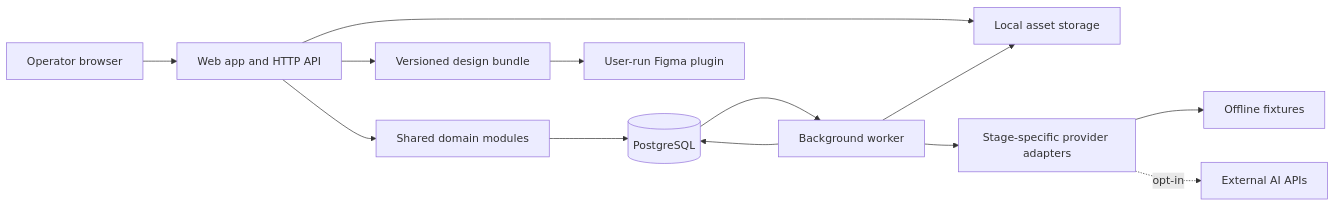
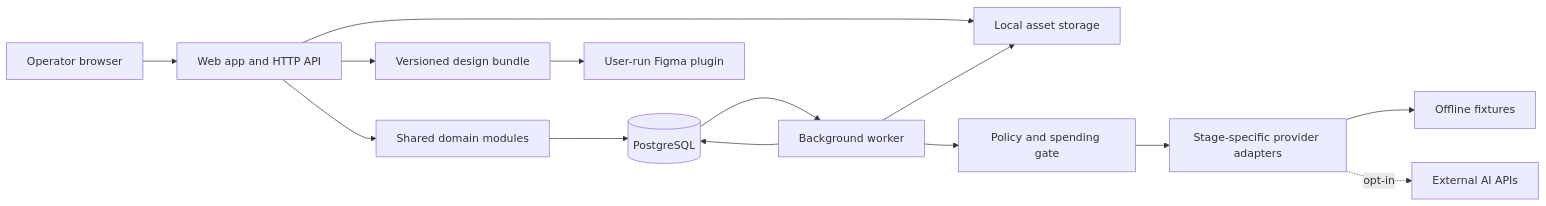
Before and after one commit to m3rts/Dynamic_Content_Engine: the diagram in docs/ARCHITECTURE.md, drawn with Mermaid. The commit also changed other lines of this file and 25 other files, not shown here.

Commit message:
docs: reconcile architecture reviews into v0.2 baseline

````diff
--- a/docs/ARCHITECTURE.md
+++ b/docs/ARCHITECTURE.md
@@ -25,15 +25,16 @@
 ```mermaid
 flowchart LR
   Browser[Operator browser] --> Web[Web app and HTTP API]
   Web --> Domain[Shared domain modules]
   Domain --> DB[(PostgreSQL)]
   Web --> Files[Local asset storage]
   DB --> Worker[Background worker]
   Worker --> DB
   Worker --> Files
-  Worker --> Adapter[Stage-specific provider adapters]
+  Worker --> Egress[Policy and spending gate]
+  Egress --> Adapter[Stage-specific provider adapters]
   Adapter --> Fixture[Offline fixtures]
   Adapter -. opt-in .-> APIs[External AI APIs]
   Web --> Bundle[Versioned design bundle]
   Bundle --> Plugin[User-run Figma plugin]
 ```
````
